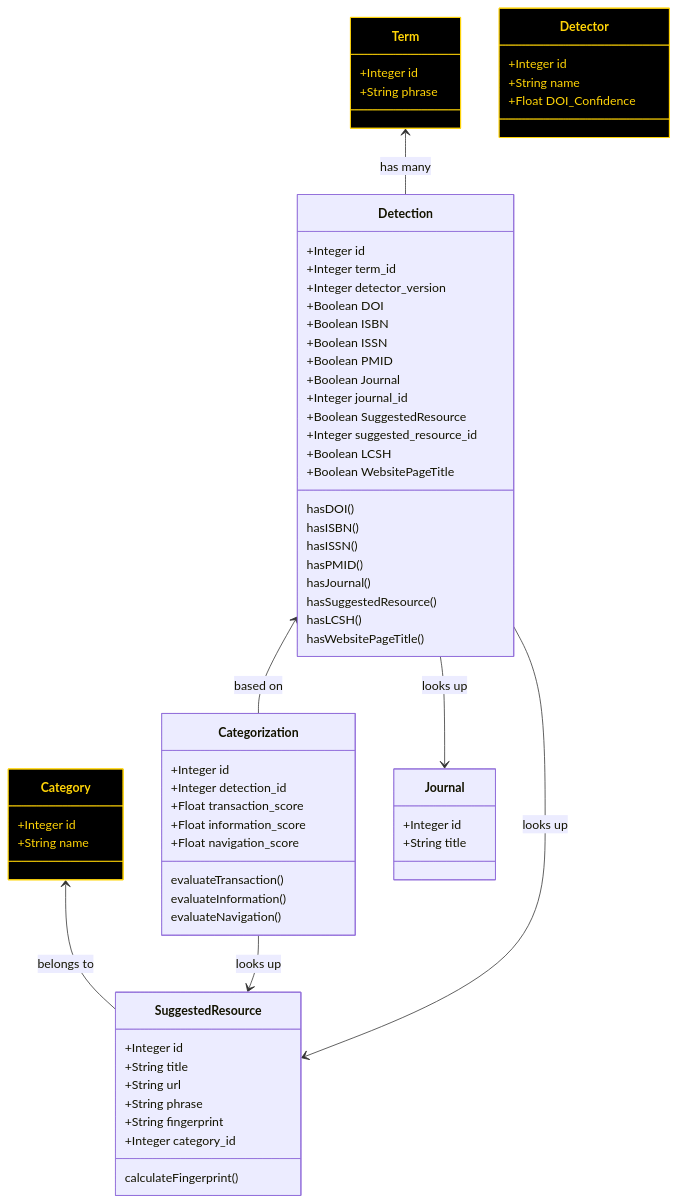
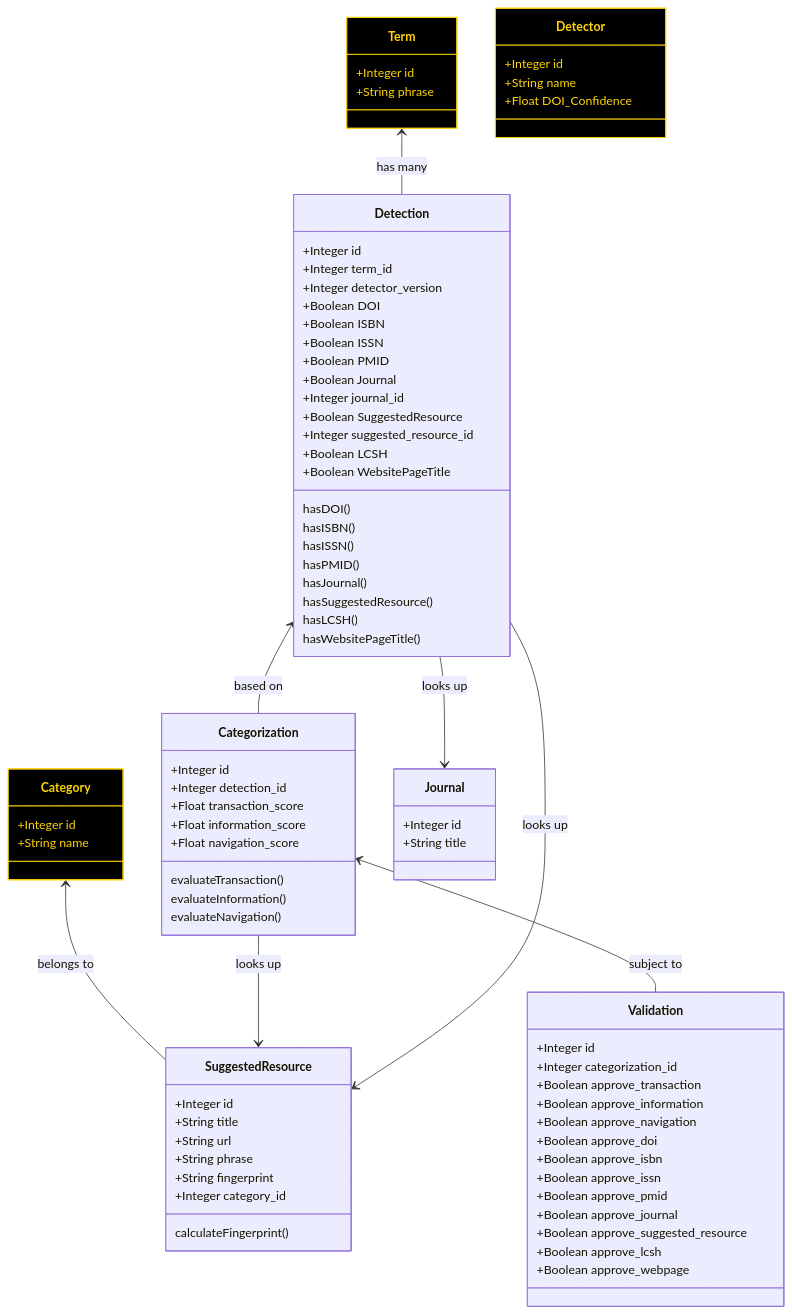
The fifth of 5 diagrams in docs/reference/classes.md (MITLibraries/tacos), drawn with Mermaid before and after one commit.

Commit message:
Add validation to code approach diagram

```diff
--- a/docs/reference/classes.md
+++ b/docs/reference/classes.md
@@ -279,6 +279,7 @@
   Categorization --> SuggestedResource: looks up
   Detection --> SuggestedResource: looks up
   Detection --> Journal: looks up
+  Categorization >-- Validation: subject to
 
   class Term
     Term: +Integer id
@@ -339,6 +340,21 @@
     Categorization: evaluateInformation()
     Categorization: evaluateNavigation()
 
+  class Validation
+    Validation: +Integer id
+    Validation: +Integer categorization_id
+    Validation: +Boolean approve_transaction
+    Validation: +Boolean approve_information
+    Validation: +Boolean approve_navigation
+    Validation: +Boolean approve_doi
+    Validation: +Boolean approve_isbn
+    Validation: +Boolean approve_issn
+    Validation: +Boolean approve_pmid
+    Validation: +Boolean approve_journal
+    Validation: +Boolean approve_suggested_resource
+    Validation: +Boolean approve_lcsh
+    Validation: +Boolean approve_webpage
+
   style Term fill:#000,stroke:#ffd407,color:#ffd407
   style Detector fill:#000,stroke:#ffd407,color:#ffd407
   style Category fill:#000,stroke:#ffd407,color:#ffd407
```
